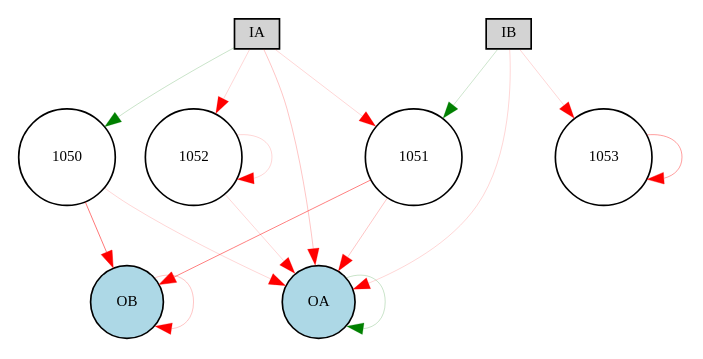
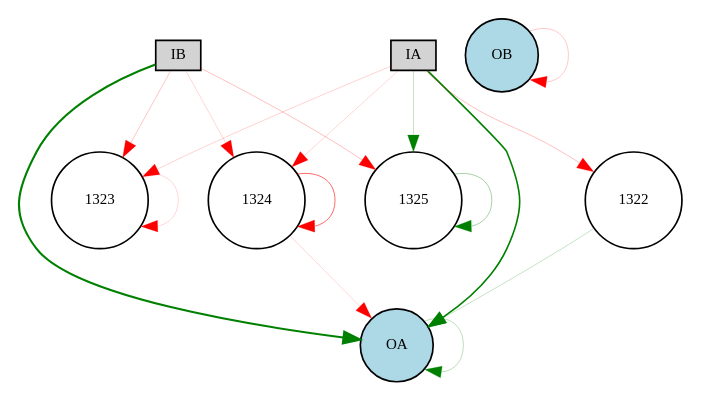
The diagram in source/cont_exp/Digraph.gv (danxan/neuromorphic-evolution), drawn with Graphviz before and after one commit. The commit also changed 6 other files, not shown here.

```diff
--- a/source/cont_exp/Digraph.gv
+++ b/source/cont_exp/Digraph.gv
@@ -1,26 +1,25 @@
 digraph {
 	node [fontsize=9 height=0.2 shape=circle width=0.2]
 	IA [fillcolor=lightgray shape=box style=filled]
 	IB [fillcolor=lightgray shape=box style=filled]
 	OA [fillcolor=lightblue style=filled]
 	OB [fillcolor=lightblue style=filled]
-	1050 [fillcolor=white style=filled]
-	1051 [fillcolor=white style=filled]
-	1052 [fillcolor=white style=filled]
-	IA -> 1050 [color=green penwidth=0.12797372958792164 style=solid]
-	IA -> 1051 [color=red penwidth=0.1 style=solid]
-	IA -> 1052 [color=red penwidth=0.1 style=solid]
-	IB -> 1051 [color=green penwidth=0.12124386801075547 style=solid]
-	IB -> 1053 [color=red penwidth=0.1 style=solid]
-	1050 -> OA [color=red penwidth=0.1 style=solid]
-	1050 -> OB [color=red penwidth=0.3178438766115558 style=solid]
-	1051 -> OA [color=red penwidth=0.1424542189493298 style=solid]
-	1051 -> OB [color=red penwidth=0.3020344876162827 style=solid]
-	1052 -> OA [color=red penwidth=0.1 style=solid]
-	IA -> OA [color=red penwidth=0.14266608247440052 style=solid]
-	IB -> OA [color=red penwidth=0.1 style=solid]
-	OA -> OA [color=green penwidth=0.12888399438684323 style=solid]
-	OB -> OB [color=red penwidth=0.14180304862376908 style=solid]
-	1052 -> 1052 [color=red penwidth=0.1 style=solid]
-	1053 -> 1053 [color=red penwidth=0.2287179194345587 style=solid]
+	1322 [fillcolor=white style=filled]
+	1324 [fillcolor=white style=filled]
+	IA -> 1322 [color=red penwidth=0.15031883212323355 style=solid]
+	IA -> 1323 [color=red penwidth=0.11430958208410306 style=solid]
+	IA -> 1324 [color=red penwidth=0.1 style=solid]
+	IA -> 1325 [color=green penwidth=0.13897808328740224 style=solid]
+	IB -> 1323 [color=red penwidth=0.14160490079688354 style=solid]
+	IB -> 1324 [color=red penwidth=0.1 style=solid]
+	IB -> 1325 [color=red penwidth=0.14710947115300496 style=solid]
+	1322 -> OA [color=green penwidth=0.13636369717141222 style=solid]
+	1324 -> OA [color=red penwidth=0.1 style=solid]
+	IA -> OA [color=green penwidth=0.9593550070888349 style=solid]
+	IB -> OA [color=green penwidth=1.2756276710459584 style=solid]
+	OA -> OA [color=green penwidth=0.1649017963365254 style=solid]
+	OB -> OB [color=red penwidth=0.12691941730909675 style=solid]
+	1323 -> 1323 [color=red penwidth=0.1 style=solid]
+	1324 -> 1324 [color=red penwidth=0.35487074877761526 style=solid]
+	1325 -> 1325 [color=green penwidth=0.2141167326530014 style=solid]
 }
```
